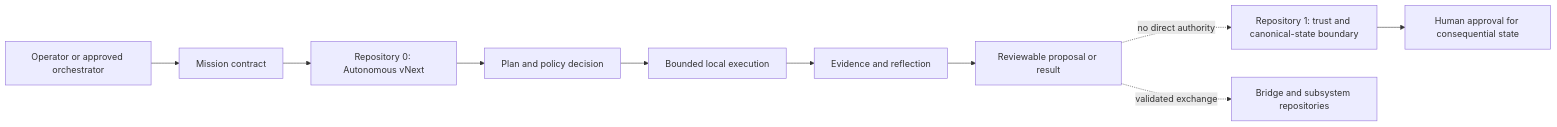
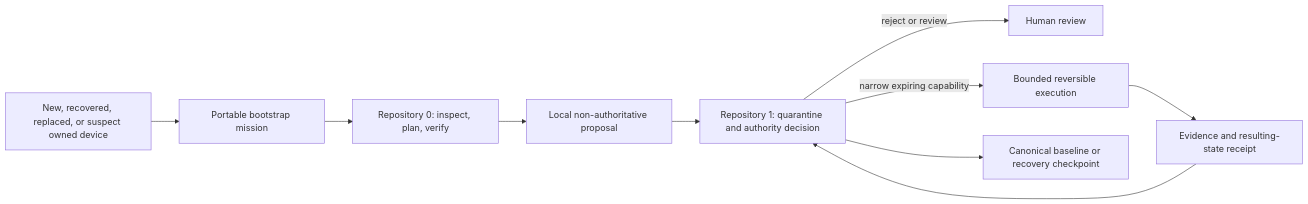
The diagram in docs/index.md (aevespers2/0), drawn with Mermaid before and after one commit. The commit also changed other lines of this file, not shown here.

Commit message:
docs: foreground portable bootstrap purpose

````diff
--- a/docs/index.md
+++ b/docs/index.md
@@ -23,12 +30,12 @@
 ```mermaid
 flowchart LR
-    O[Operator or approved orchestrator] --> M[Mission contract]
-    M --> R0[Repository 0: Autonomous vNext]
-    R0 --> P[Plan and policy decision]
-    P --> X[Bounded local execution]
-    X --> E[Evidence and reflection]
-    E --> Q[Reviewable proposal or result]
-    Q -. no direct authority .-> R1[Repository 1: trust and canonical-state boundary]
-    Q -. validated exchange .-> B[Bridge and subsystem repositories]
-    R1 --> H[Human approval for consequential state]
+    D[New, recovered, replaced, or suspect owned device] --> M[Portable bootstrap mission]
+    M --> R0[Repository 0: inspect, plan, verify]
+    R0 --> P[Local non-authoritative proposal]
+    P --> R1[Repository 1: quarantine and authority decision]
+    R1 -->|reject or review| H[Human review]
+    R1 -->|narrow expiring capability| X[Bounded reversible execution]
+    X --> E[Evidence and resulting-state receipt]
+    E --> R1
+    R1 --> C[Canonical baseline or recovery checkpoint]
 ```
````
